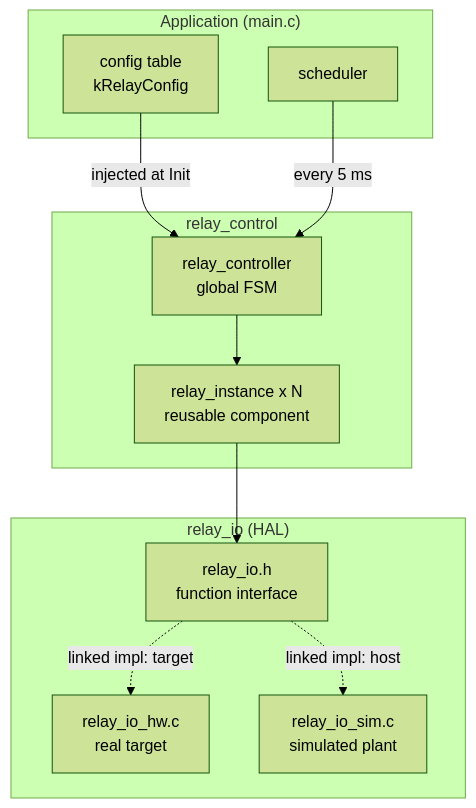
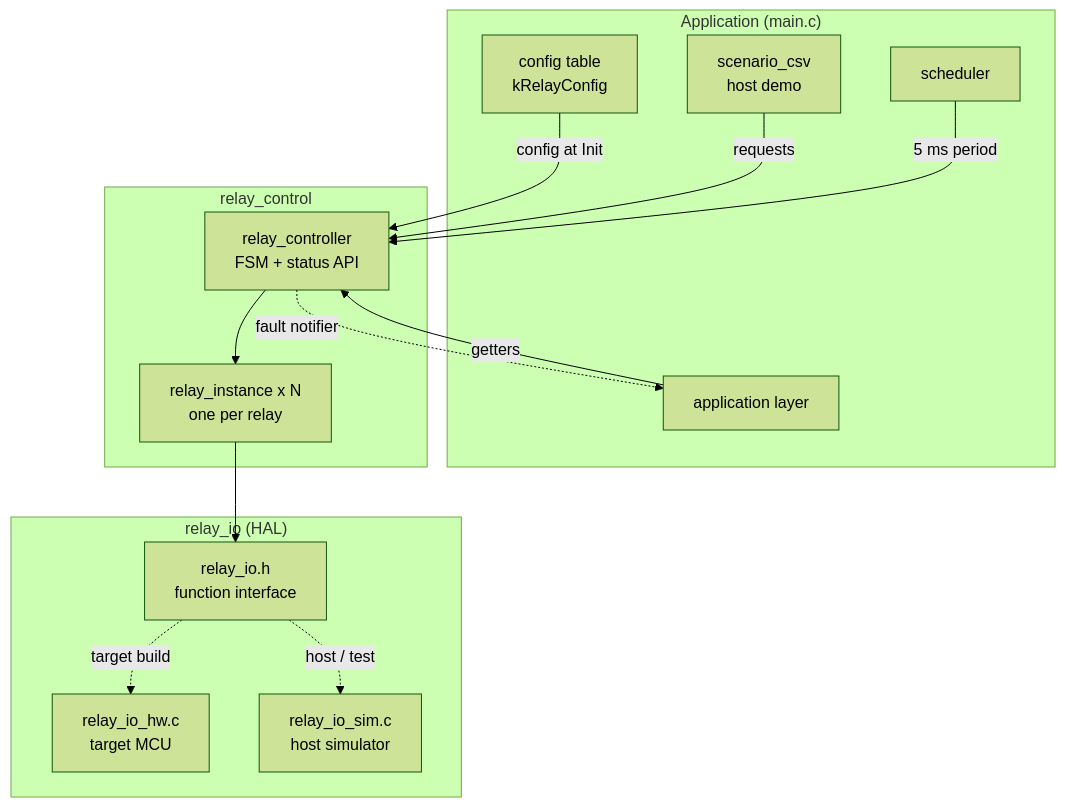
Before and after one commit to loncarivona/br_esw_candidate_task: the first of 4 diagrams in docs/architecture.md, drawn with Mermaid (forest theme). The commit also changed other lines of this file and 43 other files, not shown here.

Commit message:
feat: add more plantuml diagrams

````diff
--- a/docs/architecture.md
+++ b/docs/architecture.md
@@ -24,25 +19,30 @@
 ```mermaid
 flowchart TB
     subgraph App["Application (main.c)"]
         SCH[scheduler]
         CFG[config table<br/>kRelayConfig]
+        SCN[scenario_csv<br/>host demo]
+        APP[application layer]
     end
 
     subgraph Control["relay_control"]
-        RH[relay_controller<br/>global FSM]
-        RI[relay_instance x N<br/>reusable component]
+        RH[relay_controller<br/>FSM + status API]
+        RI[relay_instance x N<br/>one per relay]
     end
 
     subgraph HAL["relay_io (HAL)"]
         IF[relay_io.h<br/>function interface]
-        HW[relay_io_hw.c<br/>real target]
-        SIM[relay_io_sim.c<br/>simulated plant]
+        HW[relay_io_hw.c<br/>target MCU]
+        SIM[relay_io_sim.c<br/>host simulator]
     end
 
-    CFG -->|injected at Init| RH
-    SCH -->|every 5 ms| RH
+    CFG -->|config at Init| RH
+    SCN -->|requests| RH
+    SCH -->|5 ms period| RH
     RH --> RI
+    RH -.->|fault notifier| APP
+    APP -->|getters| RH
     RI --> IF
-    IF -.linked impl: target.-> HW
-    IF -.linked impl: host.-> SIM
+    IF -.target build.-> HW
+    IF -.host / test.-> SIM
 ```
````
